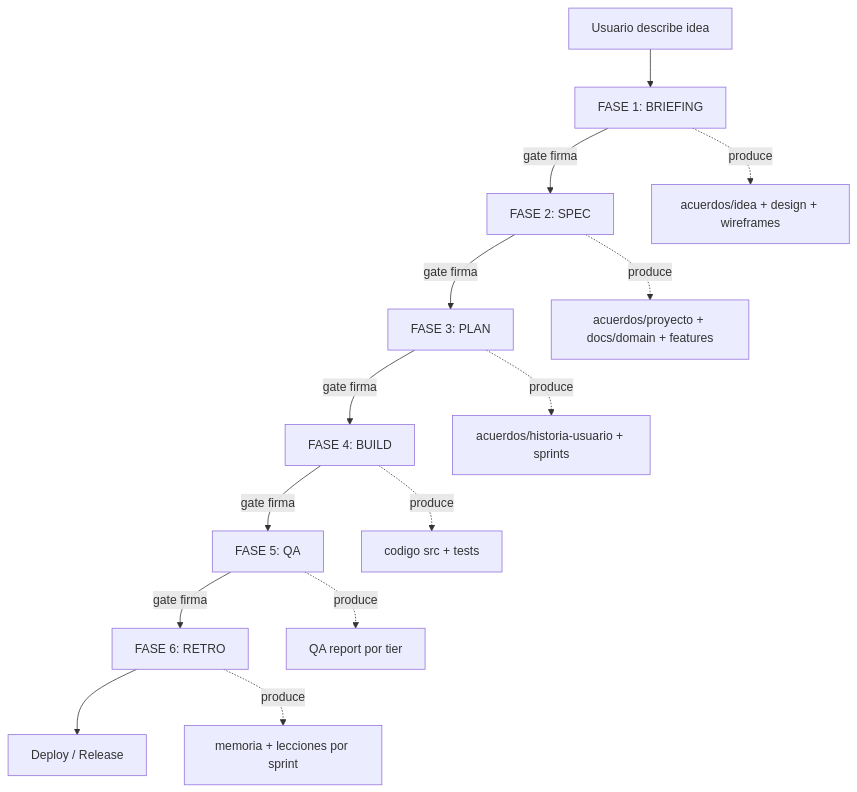
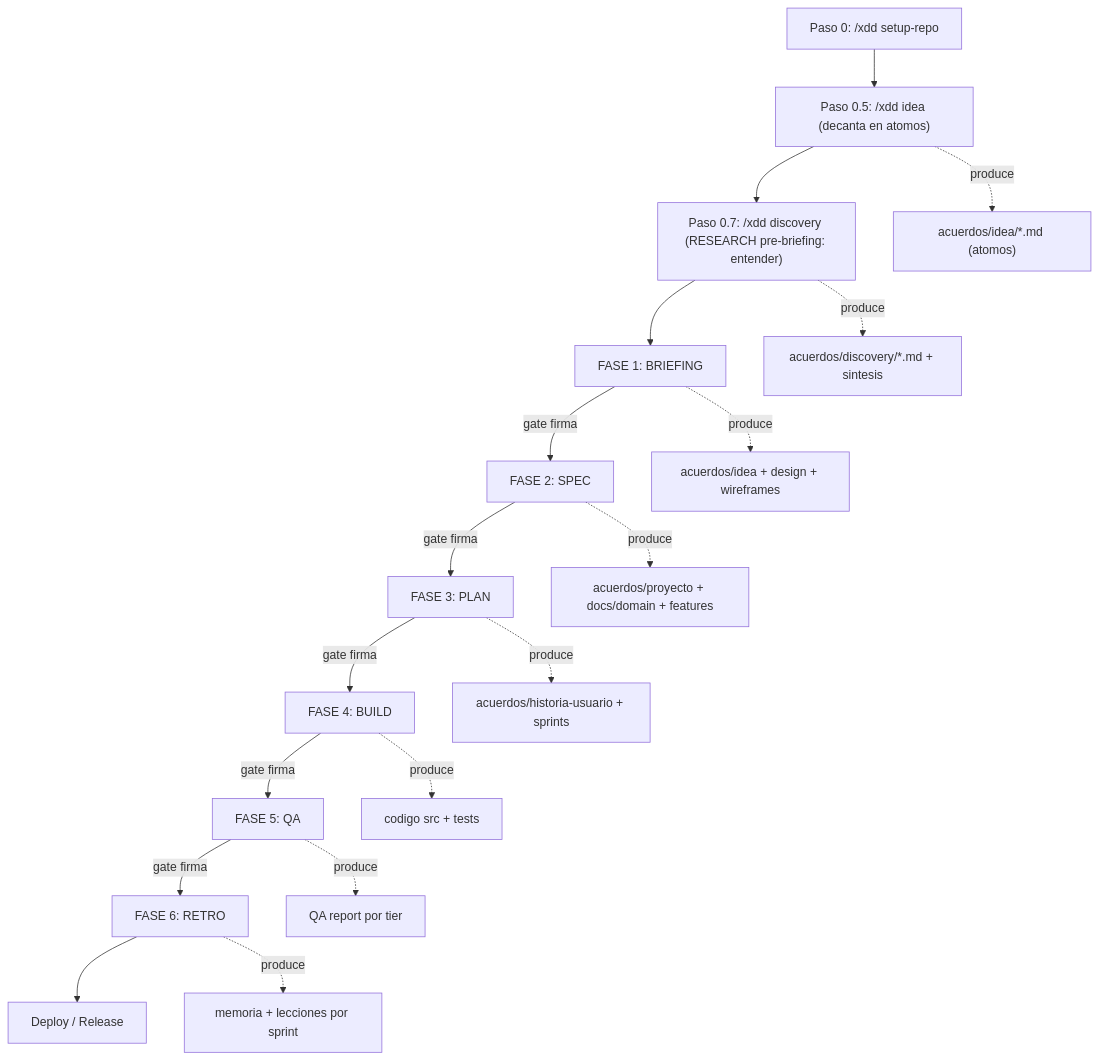
One commit to Cucholambr3ta/x-dd changed the first of 12 diagrams in docs/FLUJO_COMPLETO.md. Above: the diagram before and after it, drawn with Mermaid. The commit also changed other lines of this file and 8 other files, not shown here.

First line of the commit message:
feat(pipeline): orden IDEA -> DISCOVERY -> BRIEFING + 2 research distintos

````diff
--- a/docs/FLUJO_COMPLETO.md
+++ b/docs/FLUJO_COMPLETO.md
@@ -28,17 +28,21 @@
 ```mermaid
 flowchart TD
-    A[Usuario describe idea] --> B[FASE 1: BRIEFING]
+    S0["Paso 0: /xdd setup-repo"] --> S05["Paso 0.5: /xdd idea (decanta en atomos)"]
+    S05 --> S07["Paso 0.7: /xdd discovery (RESEARCH pre-briefing: entender)"]
+    S07 --> B[FASE 1: BRIEFING]
     B -->|gate firma| C[FASE 2: SPEC]
     C -->|gate firma| D[FASE 3: PLAN]
     D -->|gate firma| E[FASE 4: BUILD]
     E -->|gate firma| F[FASE 5: QA]
     F -->|gate firma| G[FASE 6: RETRO]
     G --> H["Deploy / Release"]
 
+    S05 -.->|produce| S05a["acuerdos/idea/*.md (atomos)"]
+    S07 -.->|produce| S07a["acuerdos/discovery/*.md + sintesis"]
     B -.->|produce| B1["acuerdos/idea + design + wireframes"]
     C -.->|produce| C1["acuerdos/proyecto + docs/domain + features"]
     D -.->|produce| D1["acuerdos/historia-usuario + sprints"]
     E -.->|produce| E1[codigo src + tests]
     F -.->|produce| F1[QA report por tier]
     G -.->|produce| G1[memoria + lecciones por sprint]
 ```
````
